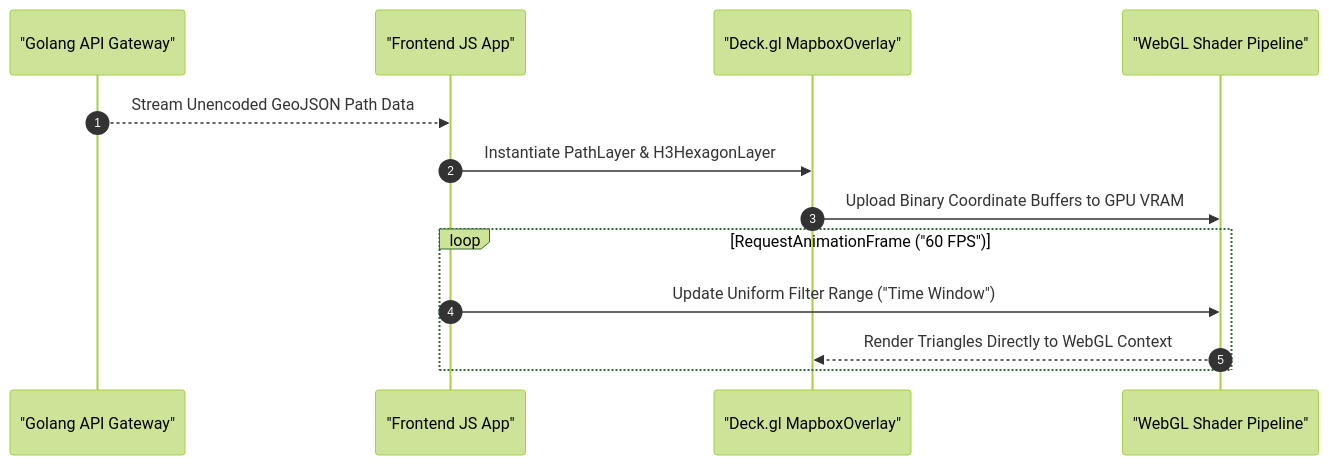
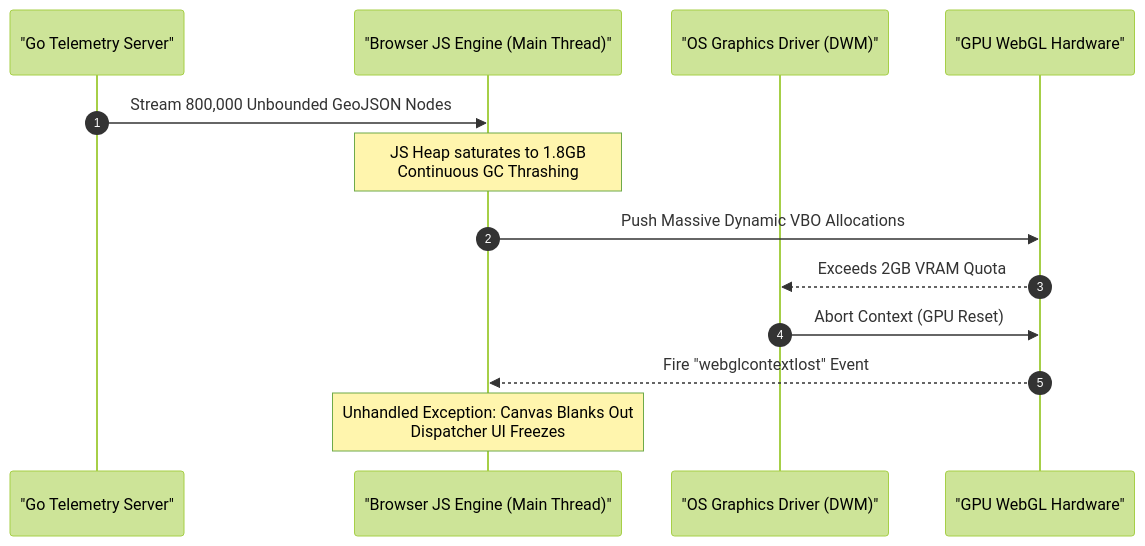
The third of 3 diagrams in content/series/routing-geospatial-architecture/part-5-visualization-ui.md (vesviet/vesviet), drawn with Mermaid (forest theme) before and after one commit. The commit also changed other lines of this file and 90 other files, not shown here.

````diff
--- a/content/series/routing-geospatial-architecture/part-5-visualization-ui.md
+++ b/content/series/routing-geospatial-architecture/part-5-visualization-ui.md
@@ -47,16 +639,16 @@
 ```mermaid
 sequenceDiagram
     autonumber
-    participant API as "Golang API Gateway"
-    participant JS as "Frontend JS App"
-    participant Deck as "Deck.gl MapboxOverlay"
-    participant GPU as "WebGL Shader Pipeline"
-    
-    API-->>JS: Stream Unencoded GeoJSON Path Data
-    JS->>Deck: Instantiate PathLayer & H3HexagonLayer
-    Deck->>GPU: Upload Binary Coordinate Buffers to GPU VRAM
-    loop RequestAnimationFrame ("60 FPS")
-        JS->>GPU: Update Uniform Filter Range ("Time Window")
-        GPU-->>Deck: Render Triangles Directly to WebGL Context
-    end
+    participant Server as "Go Telemetry Server"
+    participant V8 as "Browser JS Engine (Main Thread)"
+    participant Driver as "OS Graphics Driver (DWM)"
+    participant GPU as "GPU WebGL Hardware"
+
+    Server->>V8: Stream 800,000 Unbounded GeoJSON Nodes
+    Note over V8: JS Heap saturates to 1.8GB<br/>Continuous GC Thrashing
+    V8->>GPU: Push Massive Dynamic VBO Allocations
+    GPU-->>Driver: Exceeds 2GB VRAM Quota
+    Driver->>GPU: Abort Context (GPU Reset)
+    GPU-->>V8: Fire "webglcontextlost" Event
+    Note over V8: Unhandled Exception: Canvas Blanks Out<br/>Dispatcher UI Freezes
 ```
````
